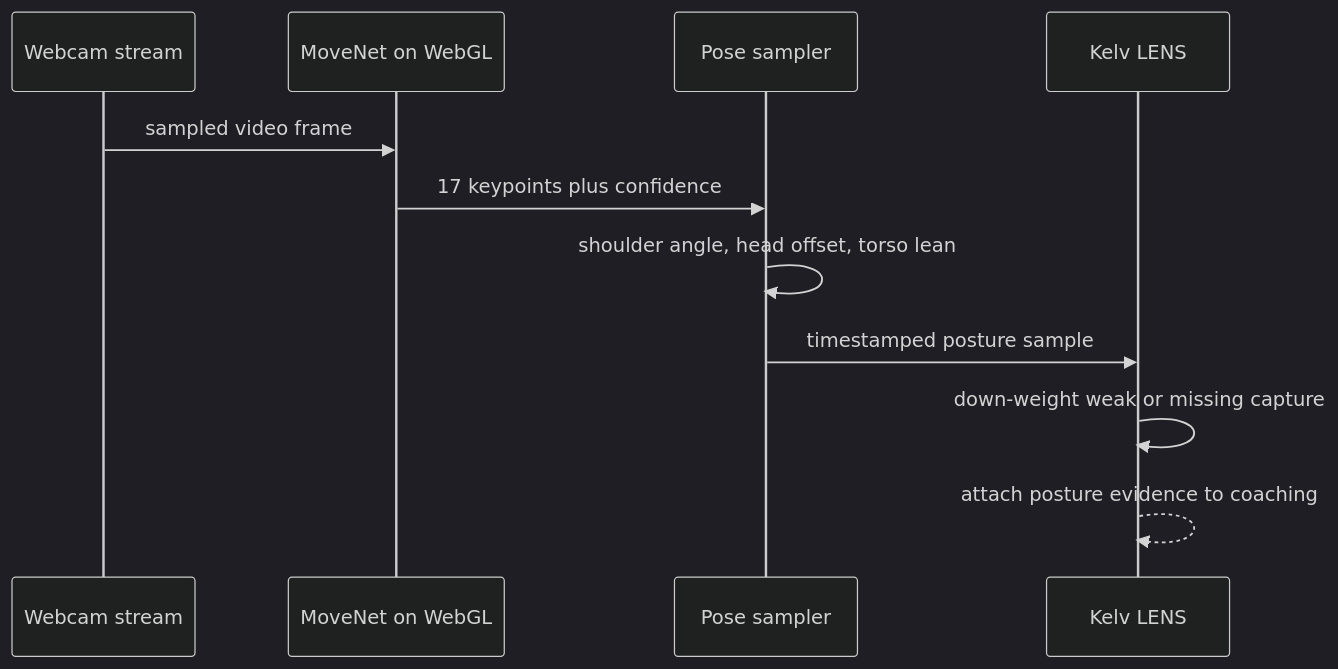
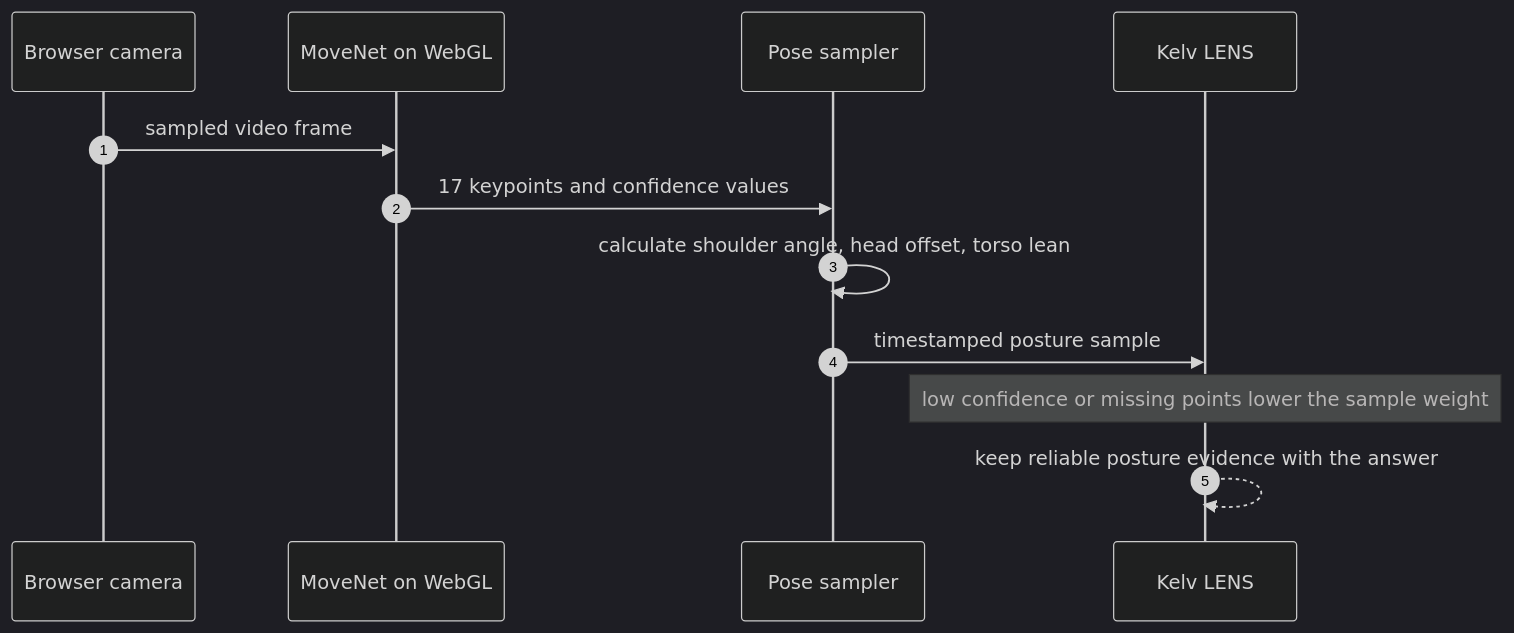
The second of 3 diagrams in README.md (parthsharma234/kelv), drawn with Mermaid (dark theme) before and after one commit. The commit also changed other lines of this file, not shown here.

Commit message:
Clarify README vision and voice flows

````diff
--- a/README.md
+++ b/README.md
@@ -65,14 +73,15 @@
 ```mermaid
 sequenceDiagram
-  participant Camera as Webcam stream
-  participant MoveNet as MoveNet on WebGL
-  participant Sampler as Pose sampler
+  autonumber
+  participant Camera as Browser camera
+  participant Model as MoveNet on WebGL
+  participant Pose as Pose sampler
   participant LENS as Kelv LENS
 
-  Camera->>MoveNet: sampled video frame
-  MoveNet->>Sampler: 17 keypoints plus confidence
-  Sampler->>Sampler: shoulder angle, head offset, torso lean
-  Sampler->>LENS: timestamped posture sample
-  LENS->>LENS: down-weight weak or missing capture
-  LENS-->>LENS: attach posture evidence to coaching
+  Camera->>Model: sampled video frame
+  Model->>Pose: 17 keypoints and confidence values
+  Pose->>Pose: calculate shoulder angle, head offset, torso lean
+  Pose->>LENS: timestamped posture sample
+  Note over LENS: low confidence or missing points lower the sample weight
+  LENS-->>LENS: keep reliable posture evidence with the answer
 ```
````
